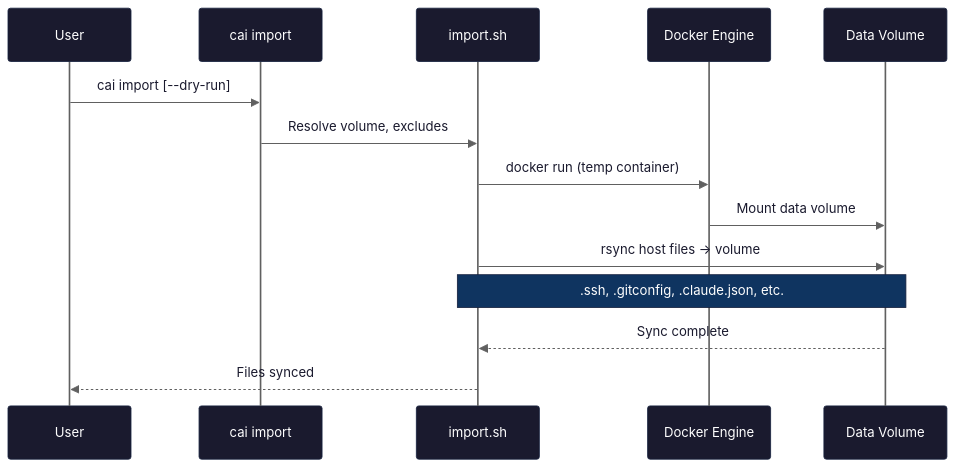
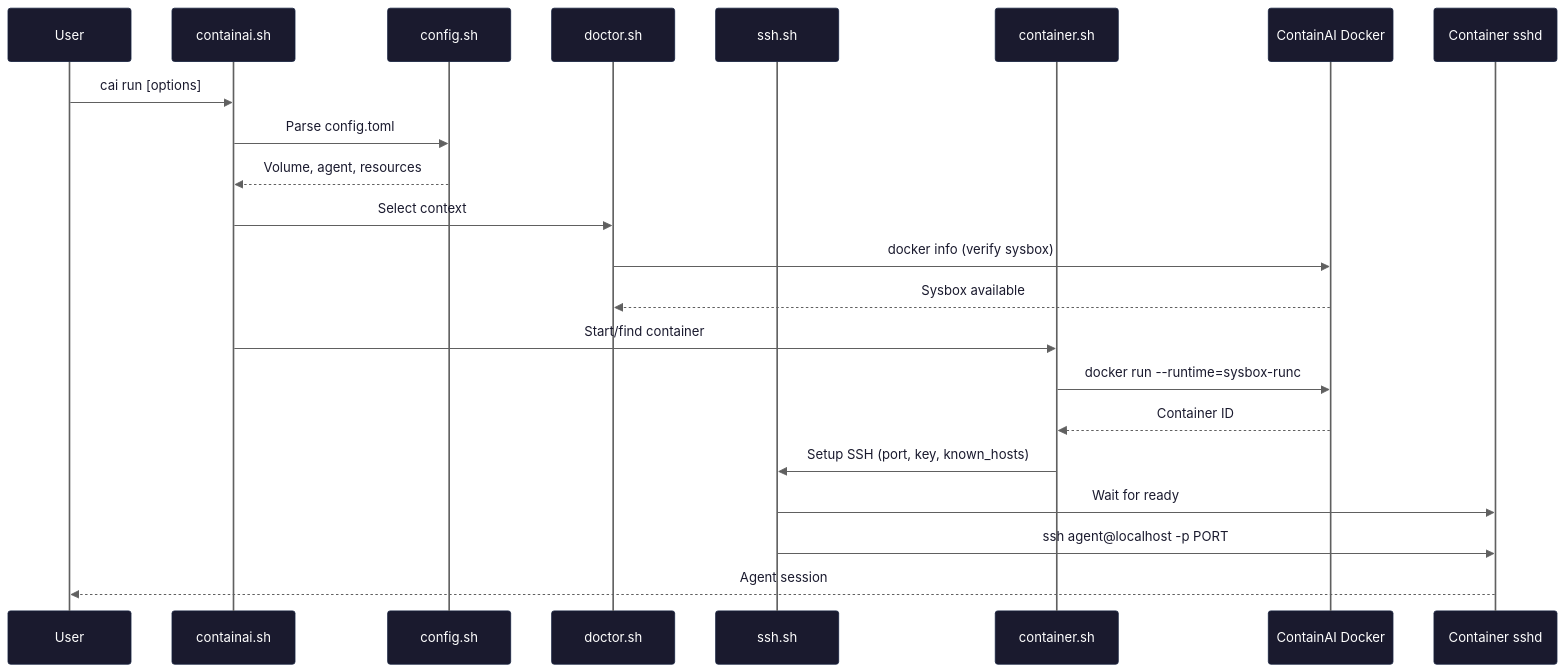
One commit to novotnyllc/ContainAI changed the ninth of 11 diagrams in docs/architecture.md. Above: the diagram before and after it, drawn with Mermaid. The commit also changed other lines of this file, not shown here.

First line of the commit message:
docs(architecture): rewrite with system container architecture

````diff
--- a/docs/architecture.md
+++ b/docs/architecture.md
@@ -268,36 +513,44 @@
 ```mermaid
 %%{init: {'theme': 'base', 'themeVariables': {
   'background': '#f5f5f5',
   'actorBkg': '#1a1a2e',
   'actorTextColor': '#ffffff',
   'actorBorder': '#16213e',
   'actorLineColor': '#606060',
   'signalColor': '#606060',
   'signalTextColor': '#1a1a2e',
   'labelBoxBkgColor': '#0f3460',
   'labelBoxBorderColor': '#16213e',
   'labelTextColor': '#ffffff',
   'loopTextColor': '#1a1a2e',
   'noteBkgColor': '#0f3460',
   'noteTextColor': '#ffffff',
   'noteBorderColor': '#16213e',
   'activationBkgColor': '#16213e',
   'activationBorderColor': '#0f3460',
   'sequenceNumberColor': '#1a1a2e'
 }}}%%
 sequenceDiagram
     participant User
-    participant CLI as cai import
-    participant Import as import.sh
-    participant Docker as Docker Engine
-    participant Volume as Data Volume
+    participant CLI as containai.sh
+    participant Config as config.sh
+    participant Doctor as doctor.sh
+    participant SSH as ssh.sh
+    participant Container as container.sh
+    participant Docker as ContainAI Docker
+    participant SSHD as Container sshd
 
-    User->>CLI: cai import [--dry-run]
-    CLI->>Import: Resolve volume, excludes
-    Import->>Docker: docker run (temp container)
-    Docker->>Volume: Mount data volume
-    Import->>Volume: rsync host files -> volume
-    Note over Import,Volume: .ssh, .gitconfig, .claude.json, etc.
-    Volume-->>Import: Sync complete
-    Import-->>User: Files synced
+    User->>CLI: cai run [options]
+    CLI->>Config: Parse config.toml
+    Config-->>CLI: Volume, agent, resources
+    CLI->>Doctor: Select context
+    Doctor->>Docker: docker info (verify sysbox)
+    Docker-->>Doctor: Sysbox available
+    CLI->>Container: Start/find container
+    Container->>Docker: docker run --runtime=sysbox-runc
+    Docker-->>Container: Container ID
+    Container->>SSH: Setup SSH (port, key, known_hosts)
+    SSH->>SSHD: Wait for ready
+    SSH->>SSHD: ssh agent@localhost -p PORT
+    SSHD-->>User: Agent session
 ```
````
